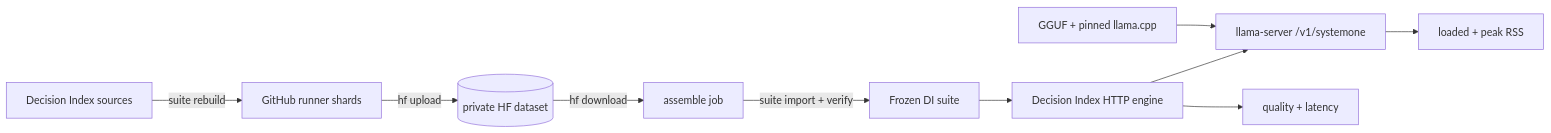
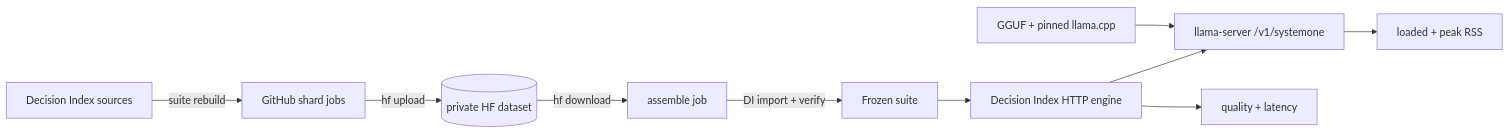
Before and after one commit to datGryphon/systemone-eval: the diagram in .github/README.md, drawn with Mermaid. The commit also changed other lines of this file, not shown here.

Commit message:
docs: tighten pipeline architecture notes

````diff
--- a/.github/README.md
+++ b/.github/README.md
@@ -12,13 +7,13 @@
 ```mermaid
 flowchart LR
-    DI[Decision Index sources] -->|suite rebuild| GHA[GitHub runner shards]
-    GHA -->|hf upload| HF[(private HF dataset)]
-    HF -->|hf download| ASM[assemble job]
-    ASM -->|suite import + verify| SUITE[Frozen DI suite]
+    DI[Decision Index sources] -->|suite rebuild| SHARDS[GitHub shard jobs]
+    SHARDS -->|hf upload| HF[(private HF dataset)]
+    HF -->|hf download| ASSEMBLE[assemble job]
+    ASSEMBLE -->|DI import + verify| SUITE[Frozen suite]
 
     SUITE --> EVAL[Decision Index HTTP engine]
     MODEL[GGUF + pinned llama.cpp] --> SERVER[llama-server /v1/systemone]
     EVAL --> SERVER
     EVAL --> RESULTS[quality + latency]
     SERVER --> RAM[loaded + peak RSS]
 ```
````
